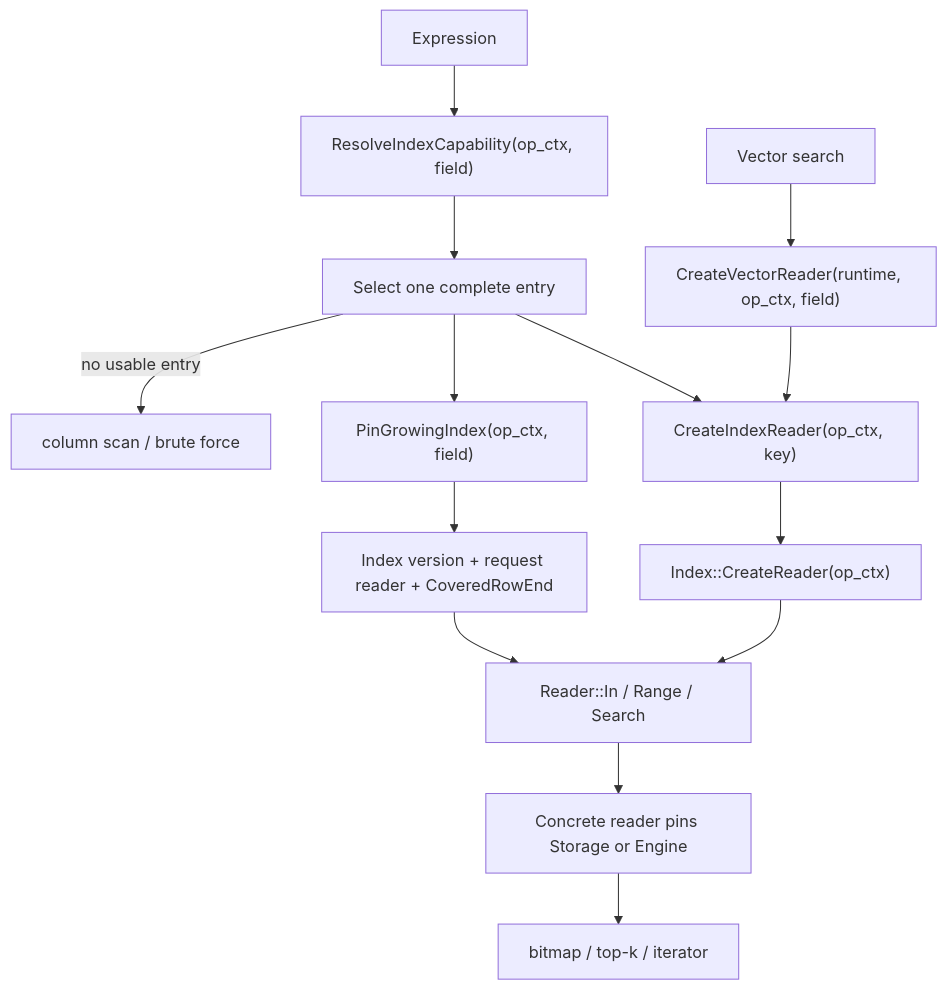
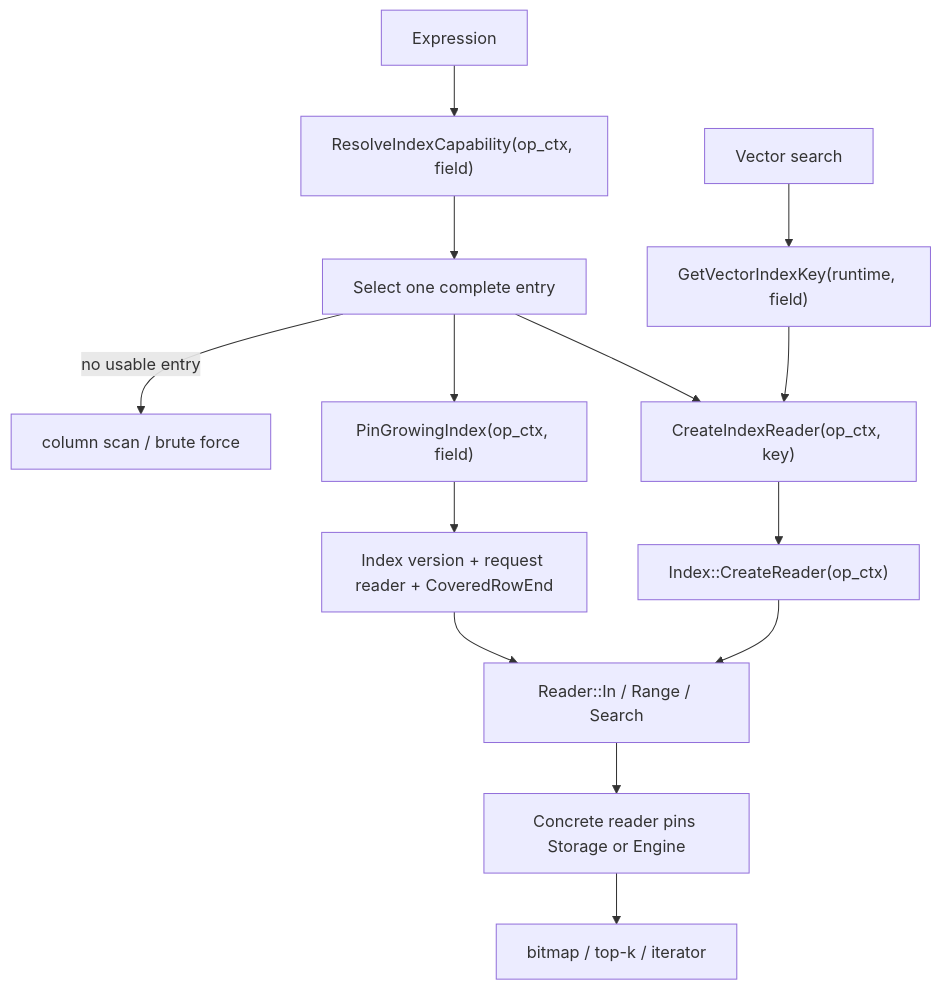
Before and after one commit to milvus-io/milvus: the second of 2 diagrams in internal/core/src/segcore/indexing/README.md, drawn with Mermaid. The commit also changed 4 other files, not shown here.

Commit message:
enhance: separate vector index selection from reader creation

````diff
--- a/internal/core/src/segcore/indexing/README.md
+++ b/internal/core/src/segcore/indexing/README.md
@@ -103,16 +103,16 @@
 ```mermaid
 flowchart TB
     query["Expression"] --> caps["ResolveIndexCapability(op_ctx, field)"]
     caps --> select["Select one complete entry"]
     select --> sealed["CreateIndexReader(op_ctx, key)"]
-    vector["Vector search"] --> vectorreader["CreateVectorReader(runtime, op_ctx, field)"]
+    vector["Vector search"] --> vectorreader["GetVectorIndexKey(runtime, field)"]
     vectorreader --> sealed
     sealed --> reader["Index::CreateReader(op_ctx)"]
     reader --> execute["Reader::In / Range / Search"]
     execute --> storage["Concrete reader pins Storage or Engine"]
     storage --> result["bitmap / top-k / iterator"]
     select --> growing["PinGrowingIndex(op_ctx, field)"]
     growing --> snapshot["Index version + request reader + CoveredRowEnd"]
     snapshot --> execute
     select -->|no usable entry| fallback["column scan / brute force"]
 ```
````
